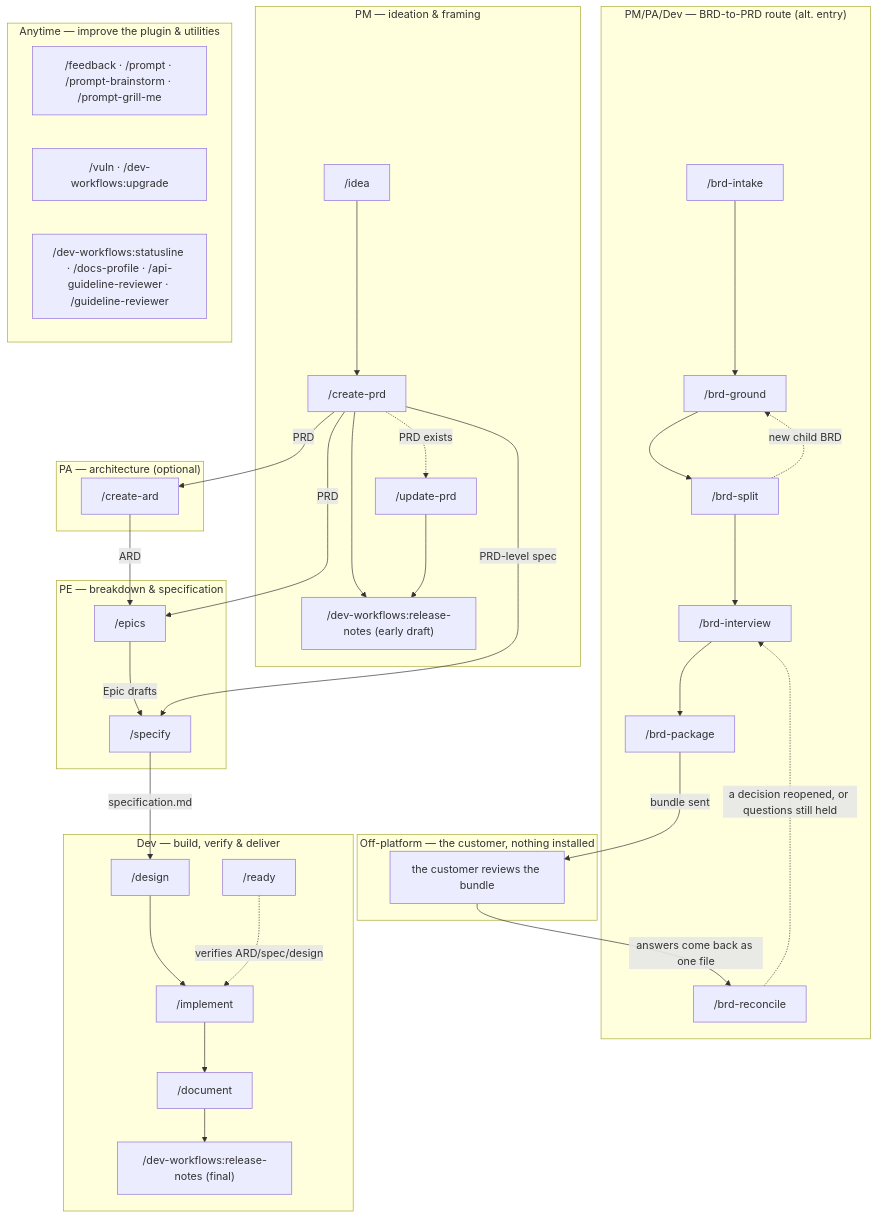
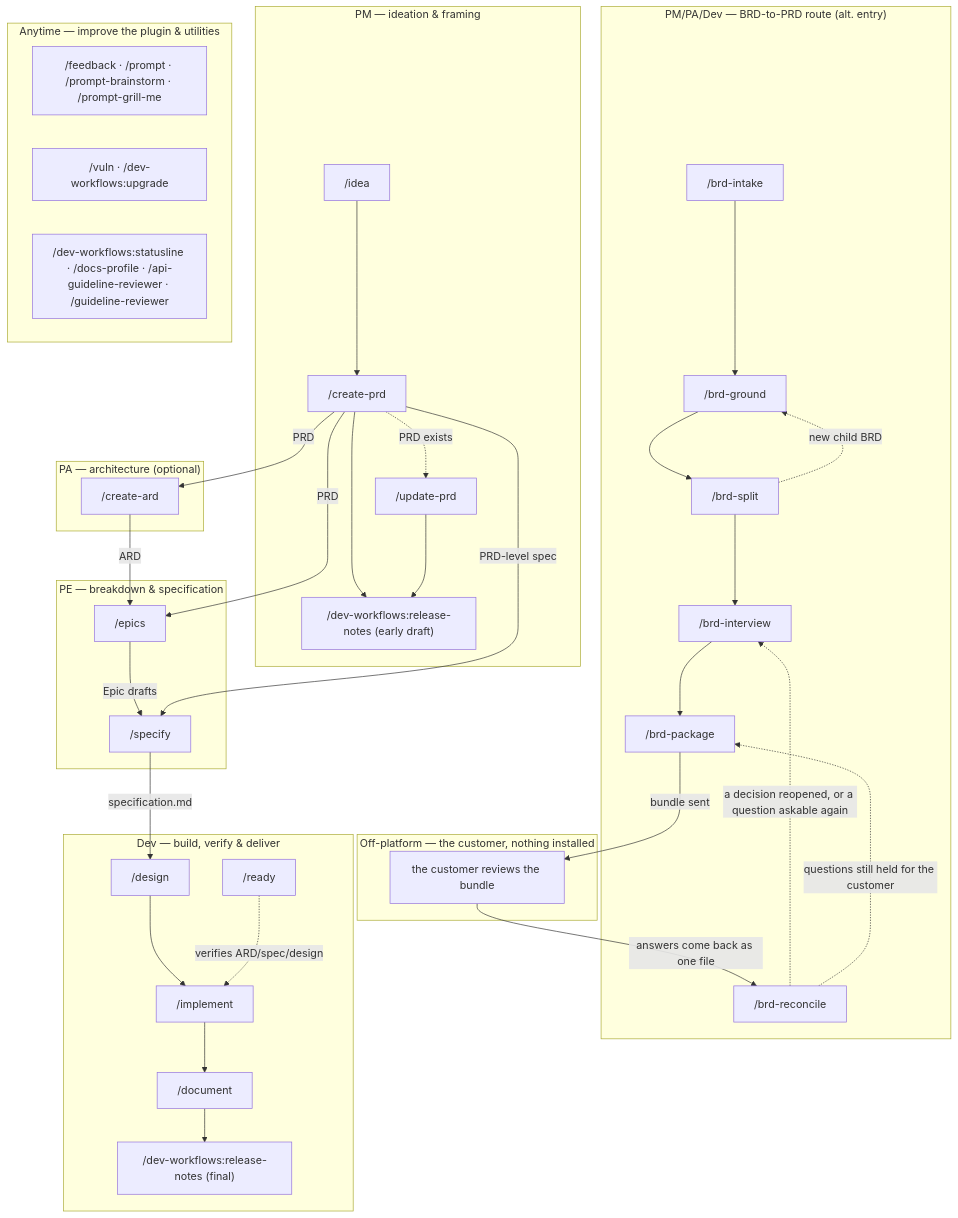
Before and after one commit to ihudak/ihudak-claude-plugins: the diagram in plugins/dev-workflows/docs/workflow.md, drawn with Mermaid. The commit also changed other lines of this file and 1 other file, not shown here.

````diff
--- a/plugins/dev-workflows/docs/workflow.md
+++ b/plugins/dev-workflows/docs/workflow.md
@@ -5,47 +5,48 @@
 ```mermaid
 flowchart TD
     subgraph PM["PM — ideation & framing"]
         idea["/idea"] --> createvi["/create-prd"]
         createvi --> rnpm["/dev-workflows:release-notes (early draft)"]
         createvi -.->|PRD exists| updatevi["/update-prd"]
         updatevi --> rnpm
     end
     subgraph BRD["PM/PA/Dev — BRD-to-PRD route (alt. entry)"]
         brdintake["/brd-intake"] --> brdground["/brd-ground"] --> brdsplit["/brd-split"]
         brdsplit -.->|new child BRD| brdground
         brdsplit --> brdinterview["/brd-interview"] --> brdpackage["/brd-package"]
         brdreconcile["/brd-reconcile"]
     end
     subgraph CUST["Off-platform — the customer, nothing installed"]
         brdreview["the customer reviews the bundle"]
     end
     subgraph PA["PA — architecture (optional)"]
         createard["/create-ard"]
     end
     subgraph PE["PE — breakdown & specification"]
         epics["/epics"]
         specify["/specify"]
     end
     subgraph DEV["Dev — build, verify & deliver"]
         design["/design"] --> implement["/implement"]
         implement --> document["/document"]
         document --> rndev["/dev-workflows:release-notes (final)"]
         ready["/ready"]
     end
     subgraph ANY["Anytime — improve the plugin & utilities"]
         improve["/feedback · /prompt · /prompt-brainstorm · /prompt-grill-me"]
         maint["/vuln · /dev-workflows:upgrade"]
         tooling["/dev-workflows:statusline · /docs-profile · /api-guideline-reviewer · /guideline-reviewer"]
     end
 
     createvi -->|PRD| createard
     createvi -->|PRD| epics
     createard -->|ARD| epics
     epics -->|Epic drafts| specify
     createvi -->|PRD-level spec| specify
     specify -->|specification.md| design
     ready -. verifies ARD/spec/design .-> implement
     brdpackage -->|bundle sent| brdreview
     brdreview -->|answers come back as one file| brdreconcile
-    brdreconcile -.->|a decision reopened, or questions still held| brdinterview
+    brdreconcile -.->|a decision reopened, or a question askable again| brdinterview
+    brdreconcile -.->|questions still held for the customer| brdpackage
 ```
````
